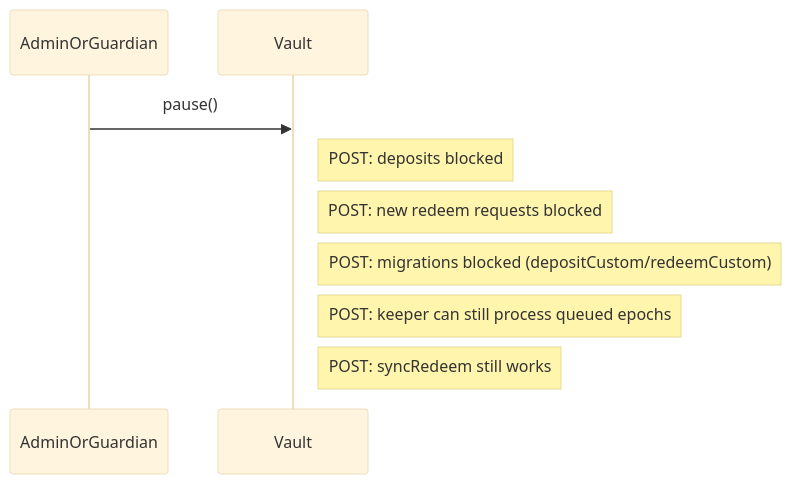
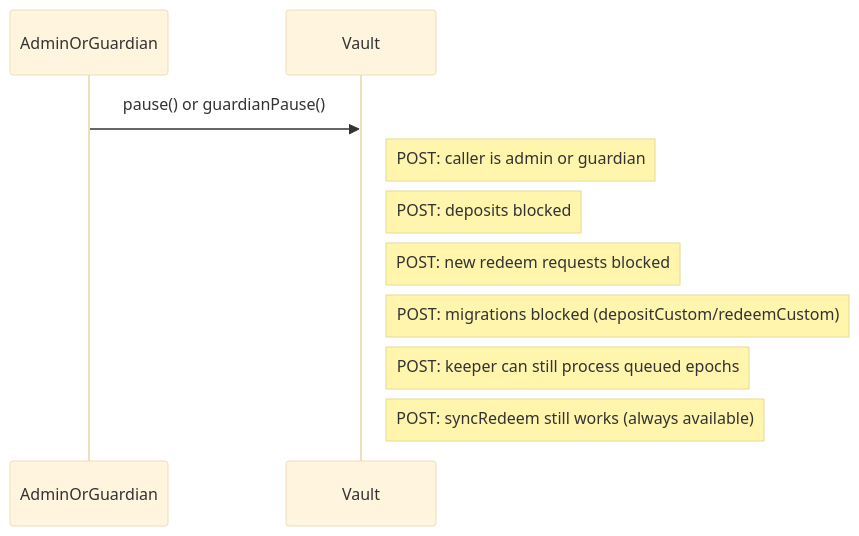
One commit to evgenynacu/leverage-vaults changed diagram 13 of 20 in docs/architecture/call-diagrams.md. Above: the diagram before and after it, drawn with Mermaid (base theme). The commit also changed other lines of this file and 25 other files, not shown here.

````diff
--- a/docs/architecture/call-diagrams.md
+++ b/docs/architecture/call-diagrams.md
@@ -294,9 +286,10 @@
 ```mermaid
 sequenceDiagram
-    AdminOrGuardian->>Vault: pause()
+    AdminOrGuardian->>Vault: pause() or guardianPause()
+    note right of Vault: POST: caller is admin or guardian
     note right of Vault: POST: deposits blocked
     note right of Vault: POST: new redeem requests blocked
     note right of Vault: POST: migrations blocked (depositCustom/redeemCustom)
     note right of Vault: POST: keeper can still process queued epochs
-    note right of Vault: POST: syncRedeem still works
+    note right of Vault: POST: syncRedeem still works (always available)
 ```
````
